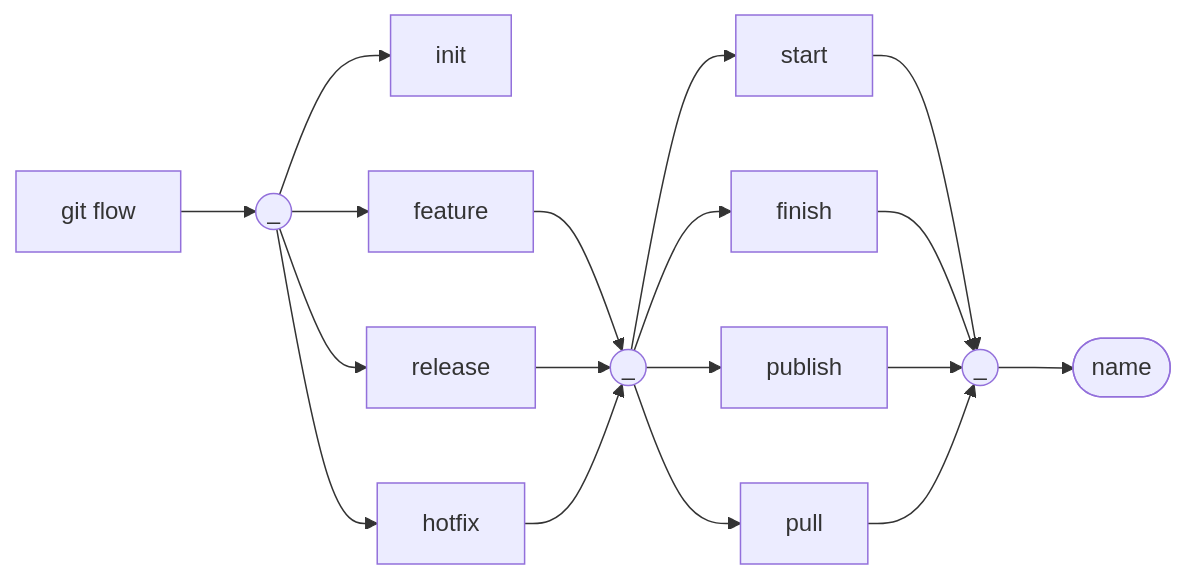
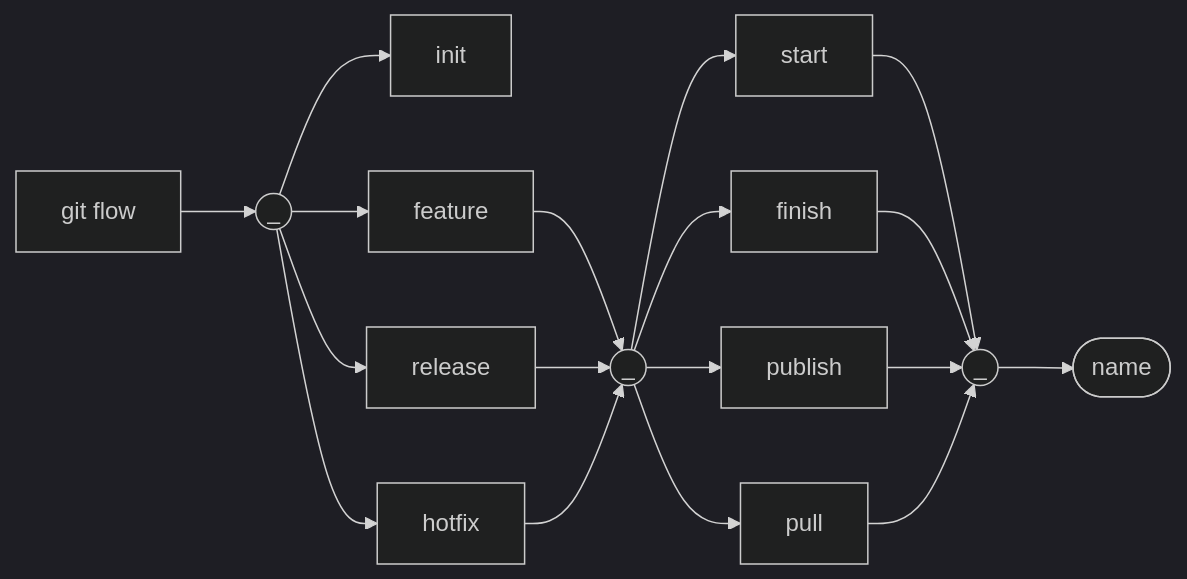
Before and after one commit to barrantesgerman/blog: the diagram in _posts/2021-07-16-git-flow-cheat-sheet.md, drawn with Mermaid. The commit also changed other lines of this file, not shown here.

Commit message:
Corrección de tema

```diff
--- a/_posts/2021-07-16-git-flow-cheat-sheet.md
+++ b/_posts/2021-07-16-git-flow-cheat-sheet.md
@@ -84,9 +85,10 @@
 {% mermaid %}
-graph LR;
-    GF[git flow] --> SP1((_));
-    SP1 --> IN[init] & FE[feature] & RE[release] & HF[hotfix];
-    FE & RE & HF --> SP2((_));
-    SP2 --> ST[start] & FI[finish] & PB[publish] & PL[pull];
-    ST & FI & PB & PL --> SP3((_));
-    SP3 --> NM([name]);
+%%{init: {'theme':'dark'}}%%
+graph LR
+    GF[git flow] --> SP1((_))
+    SP1 --> IN[init] & FE[feature] & RE[release] & HF[hotfix]
+    FE & RE & HF --> SP2((_))
+    SP2 --> ST[start] & FI[finish] & PB[publish] & PL[pull]
+    ST & FI & PB & PL --> SP3((_))
+    SP3 --> NM([name])
 {% endmermaid %}
```
